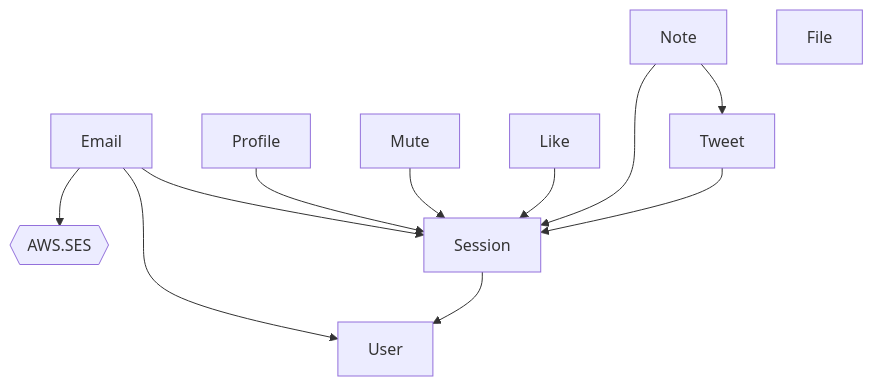
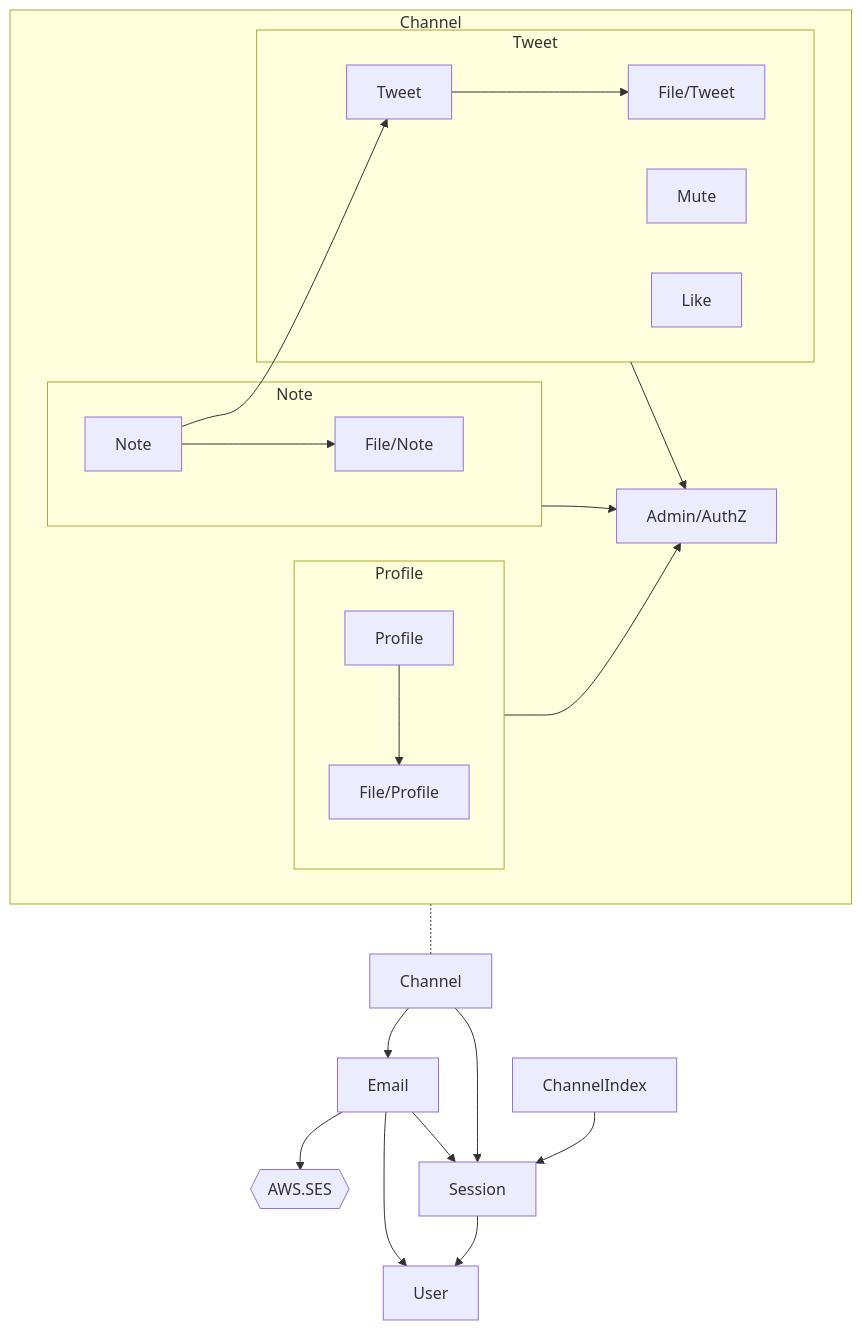
One commit to tappoy/jns changed the second of 2 diagrams in microservice/README.md. Above: the diagram before and after it, drawn with Mermaid. The commit also changed other lines of this file and 1 other file, not shown here.

````diff
--- a/microservice/README.md
+++ b/microservice/README.md
@@ -23,15 +23,37 @@
 ```mermaid
 flowchart
+
 User
-Session --> User
-Email --> Session
 Email --> User
 Email --> AWS.SES{{AWS.SES}}
-Profile --> Session
-Mute --> Session
-Like --> Session
-Tweet --> Session
+Email --> Session
+
+Session --> User
+ChannelAlias[Channel] --> Session
 Note --> Tweet
-Note --> Session
-File
+
+subgraph Channel
+    Admin[Admin/AuthZ]
+    subgraph NoteGroup[Note]
+        Note --> Note-Image[File/Note]
+    end
+    subgraph ProfileGroup[Profile]
+        Profile --> Profile-Image[File/Profile]
+    end
+    subgraph TweetGroup[Tweet]
+        Tweet --> Tweet-Image[File/Tweet]
+        Mute
+        Like
+    end
+    NoteGroup --> Admin
+    ProfileGroup --> Admin
+    TweetGroup --> Admin
+end
+
+
+Channel -.- ChannelAlias
+ChannelAlias --> Email
+
+ChannelIndex --> Session
+
 ```
````
